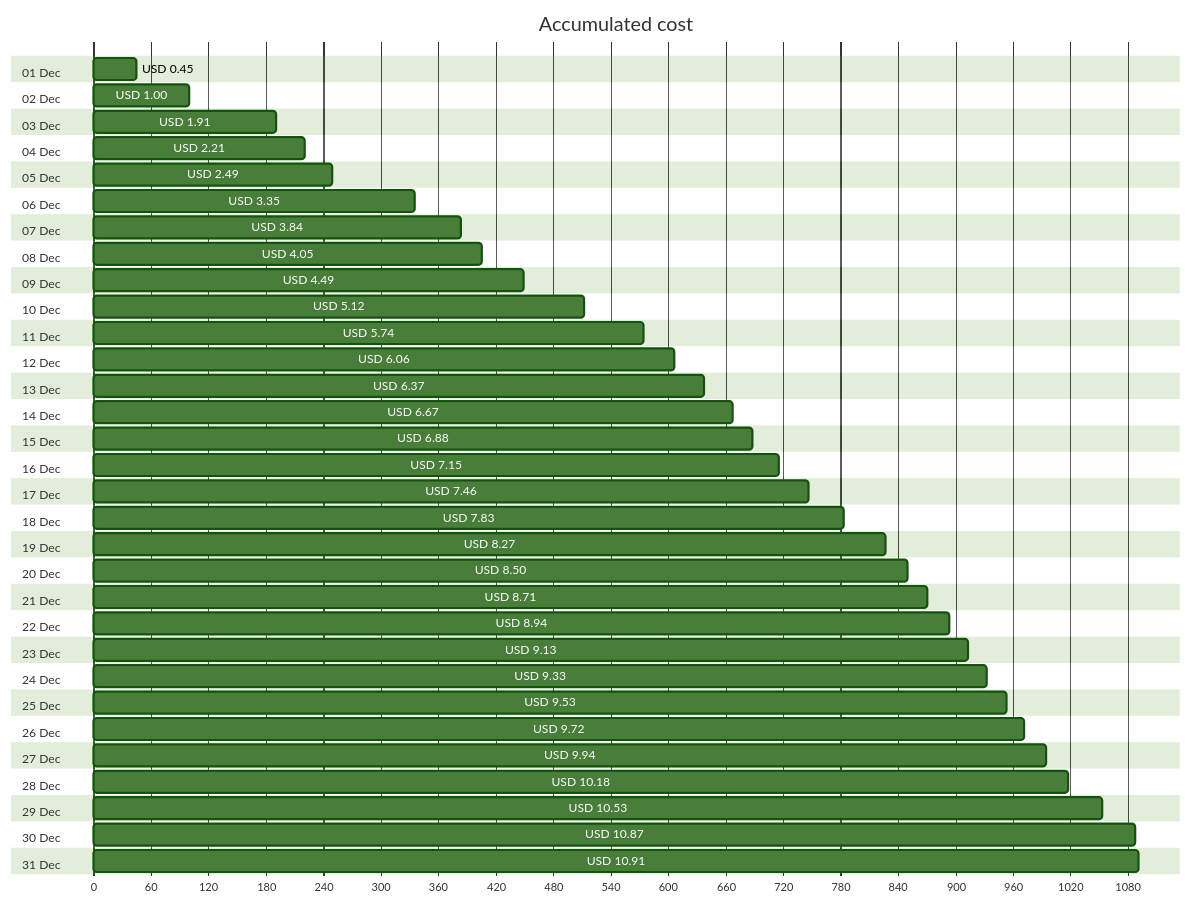
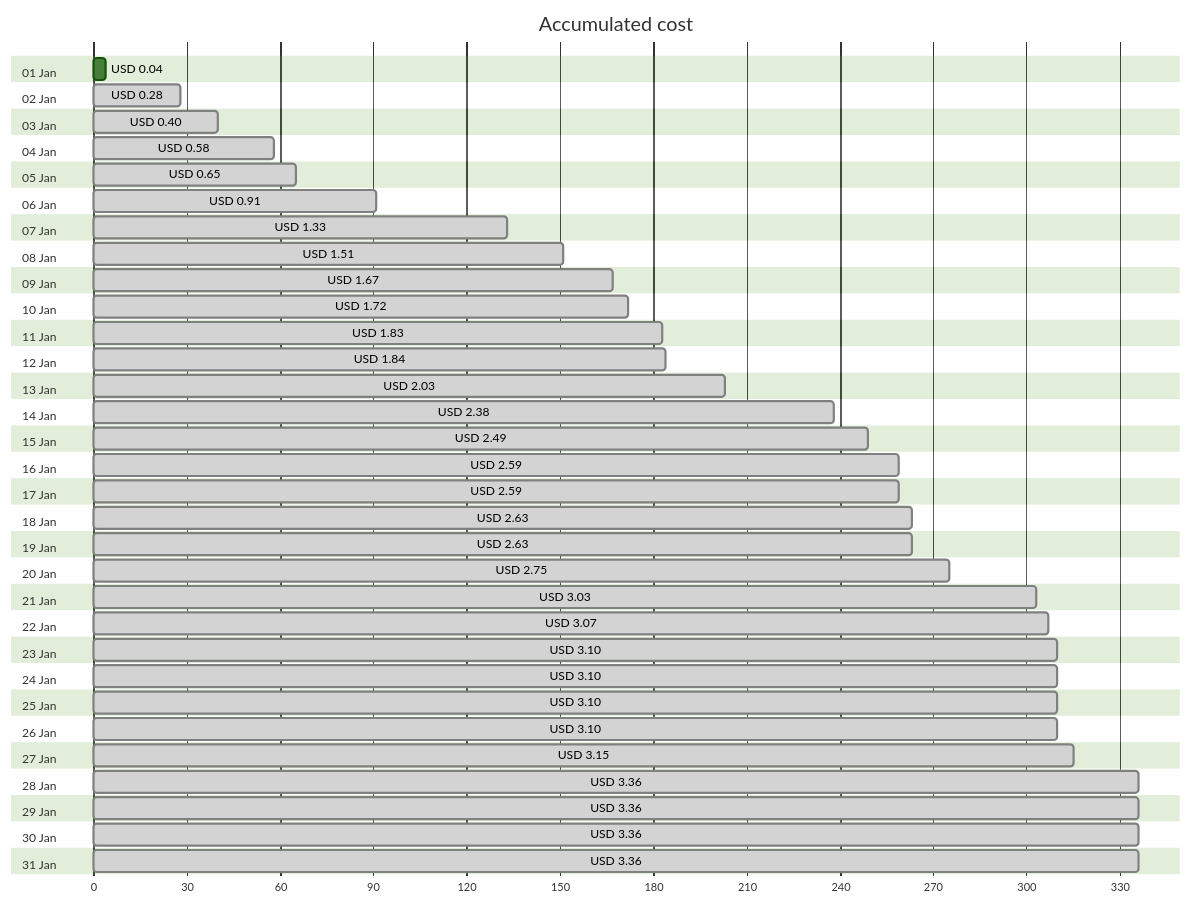
One commit to jpfulton/azure-personal-reports changed the first of 4 diagrams in cost-reports/personal-network/vpn-server.md. Above: the diagram before and after it, drawn with Mermaid (forest theme). The commit also changed other lines of this file and 8 other files, not shown here.

````diff
--- a/cost-reports/personal-network/vpn-server.md
+++ b/cost-reports/personal-network/vpn-server.md
@@ -20,68 +20,68 @@
 ```mermaid
 gantt
    title Accumulated cost
    dateFormat  X
    axisFormat %s
-   section 01 Dec
-   USD 0.45 :0, 45
-   section 02 Dec
-   USD 1.00 :0, 100
-   section 03 Dec
-   USD 1.91 :0, 191
-   section 04 Dec
-   USD 2.21 :0, 221
-   section 05 Dec
-   USD 2.49 :0, 249
-   section 06 Dec
-   USD 3.35 :0, 335
-   section 07 Dec
-   USD 3.84 :0, 384
-   section 08 Dec
-   USD 4.05 :0, 405
-   section 09 Dec
-   USD 4.49 :0, 449
-   section 10 Dec
-   USD 5.12 :0, 512
-   section 11 Dec
-   USD 5.74 :0, 574
-   section 12 Dec
-   USD 6.06 :0, 606
-   section 13 Dec
-   USD 6.37 :0, 637
-   section 14 Dec
-   USD 6.67 :0, 667
-   section 15 Dec
-   USD 6.88 :0, 688
-   section 16 Dec
-   USD 7.15 :0, 715
-   section 17 Dec
-   USD 7.46 :0, 746
-   section 18 Dec
-   USD 7.83 :0, 783
-   section 19 Dec
-   USD 8.27 :0, 827
-   section 20 Dec
-   USD 8.50 :0, 850
-   section 21 Dec
-   USD 8.71 :0, 871
-   section 22 Dec
-   USD 8.94 :0, 894
-   section 23 Dec
-   USD 9.13 :0, 913
-   section 24 Dec
-   USD 9.33 :0, 933
-   section 25 Dec
-   USD 9.53 :0, 953
-   section 26 Dec
-   USD 9.72 :0, 972
-   section 27 Dec
-   USD 9.94 :0, 994
-   section 28 Dec
-   USD 10.18 :0, 1018
-   section 29 Dec
-   USD 10.53 :0, 1053
-   section 30 Dec
-   USD 10.87 :0, 1087
-   section 31 Dec
-   USD 10.91 :0, 1091
+   section 01 Jan
+   USD 0.04 :0, 4
+   section 02 Jan
+   USD 0.28 : done, 0, 28
+   section 03 Jan
+   USD 0.40 : done, 0, 40
+   section 04 Jan
+   USD 0.58 : done, 0, 58
+   section 05 Jan
+   USD 0.65 : done, 0, 65
+   section 06 Jan
+   USD 0.91 : done, 0, 91
+   section 07 Jan
+   USD 1.33 : done, 0, 133
+   section 08 Jan
+   USD 1.51 : done, 0, 151
+   section 09 Jan
+   USD 1.67 : done, 0, 167
+   section 10 Jan
+   USD 1.72 : done, 0, 172
+   section 11 Jan
+   USD 1.83 : done, 0, 183
+   section 12 Jan
+   USD 1.84 : done, 0, 184
+   section 13 Jan
+   USD 2.03 : done, 0, 203
+   section 14 Jan
+   USD 2.38 : done, 0, 238
+   section 15 Jan
+   USD 2.49 : done, 0, 249
+   section 16 Jan
+   USD 2.59 : done, 0, 259
+   section 17 Jan
+   USD 2.59 : done, 0, 259
+   section 18 Jan
+   USD 2.63 : done, 0, 263
+   section 19 Jan
+   USD 2.63 : done, 0, 263
+   section 20 Jan
+   USD 2.75 : done, 0, 275
+   section 21 Jan
+   USD 3.03 : done, 0, 303
+   section 22 Jan
+   USD 3.07 : done, 0, 307
+   section 23 Jan
+   USD 3.10 : done, 0, 310
+   section 24 Jan
+   USD 3.10 : done, 0, 310
+   section 25 Jan
+   USD 3.10 : done, 0, 310
+   section 26 Jan
+   USD 3.10 : done, 0, 310
+   section 27 Jan
+   USD 3.15 : done, 0, 315
+   section 28 Jan
+   USD 3.36 : done, 0, 336
+   section 29 Jan
+   USD 3.36 : done, 0, 336
+   section 30 Jan
+   USD 3.36 : done, 0, 336
+   section 31 Jan
+   USD 3.36 : done, 0, 336
 ```
````
